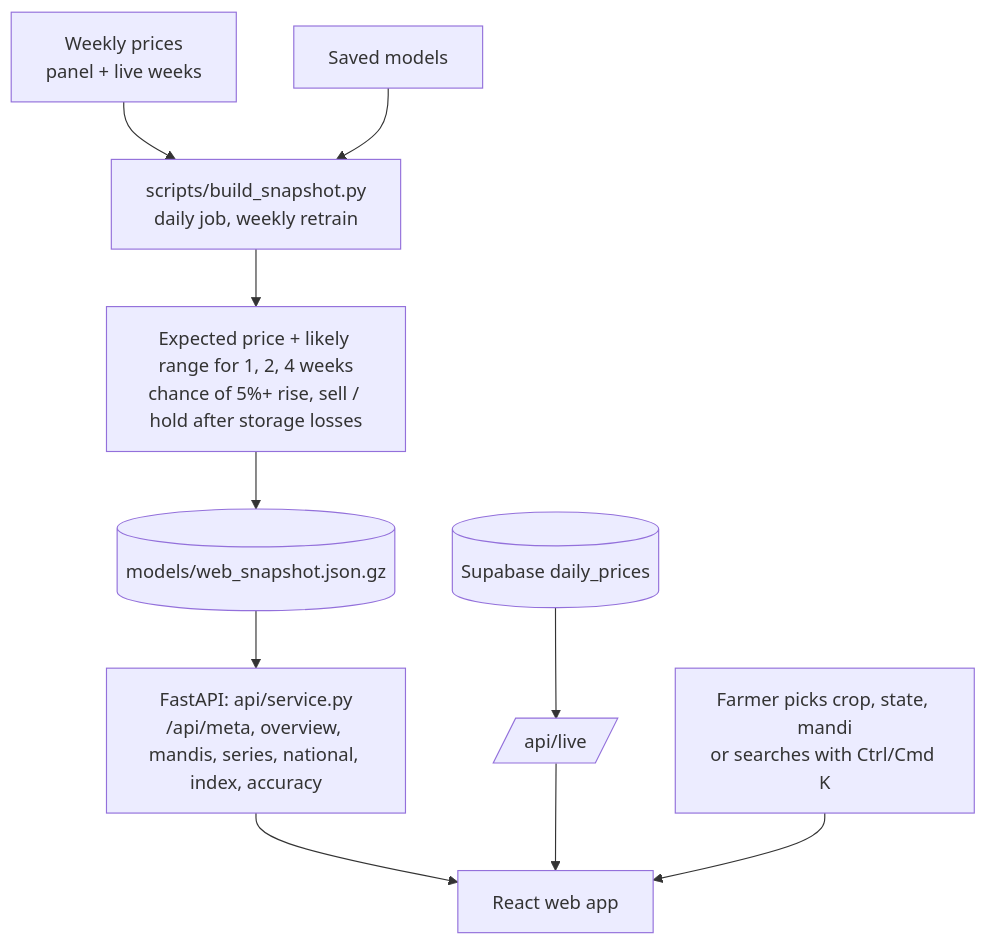
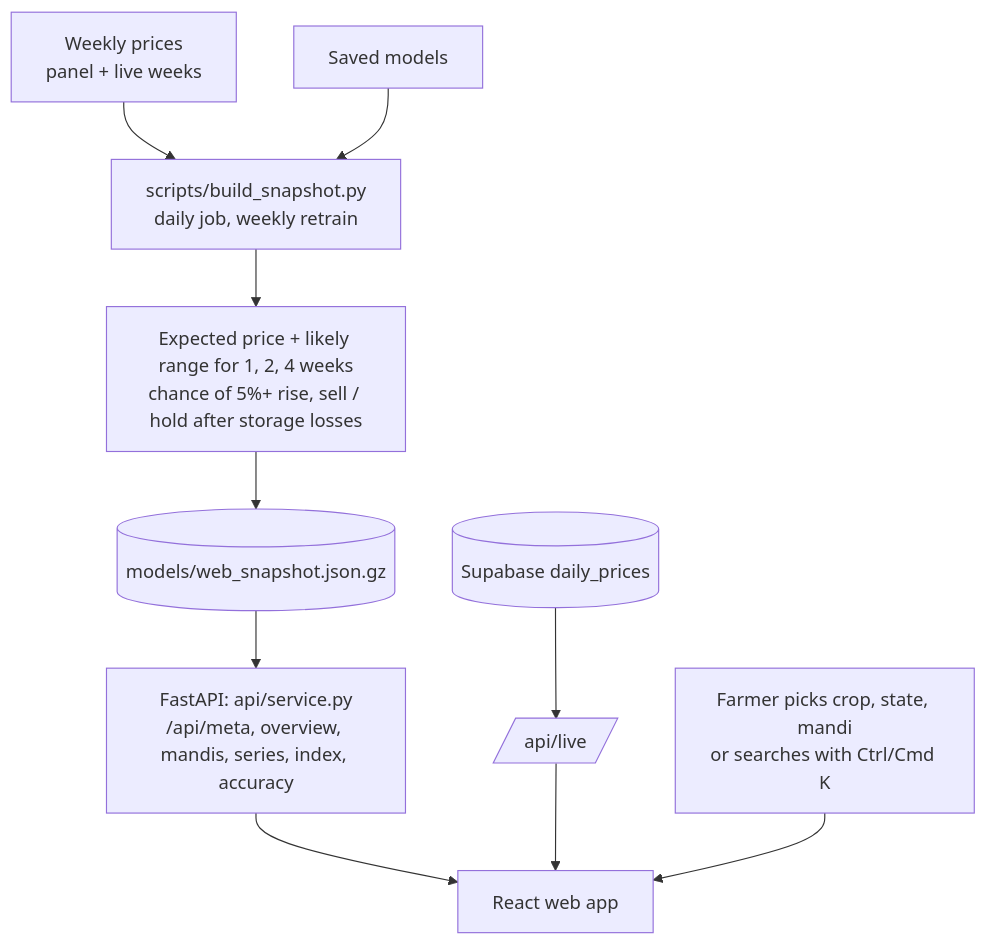
One commit to Iamshi-vissa/FarmStat changed the third of 3 diagrams in README.md. Above: the diagram before and after it, drawn with Mermaid. The commit also changed other lines of this file and 75 other files, not shown here.

````diff
--- a/README.md
+++ b/README.md
@@ -282,12 +272,12 @@
 ```mermaid
 flowchart TB
     D[Weekly prices<br/>panel + live weeks] --> J[scripts/build_snapshot.py<br/>daily job, weekly retrain]
     M[Saved models] --> J
     J --> FC[Expected price + likely range for 1, 2, 4 weeks<br/>chance of 5%+ rise, sell / hold after storage losses]
     FC --> S[(models/web_snapshot.json.gz)]
-    S --> API[FastAPI: api/service.py<br/>/api/meta, overview, mandis, series, national, index, accuracy]
+    S --> API[FastAPI: api/service.py<br/>/api/meta, overview, mandis, series, index, accuracy]
     L[(Supabase daily_prices)] --> API2[/api/live/]
     API --> APP[React web app]
     API2 --> APP
     U[Farmer picks crop, state, mandi<br/>or searches with Ctrl/Cmd K] --> APP
 ```
````
